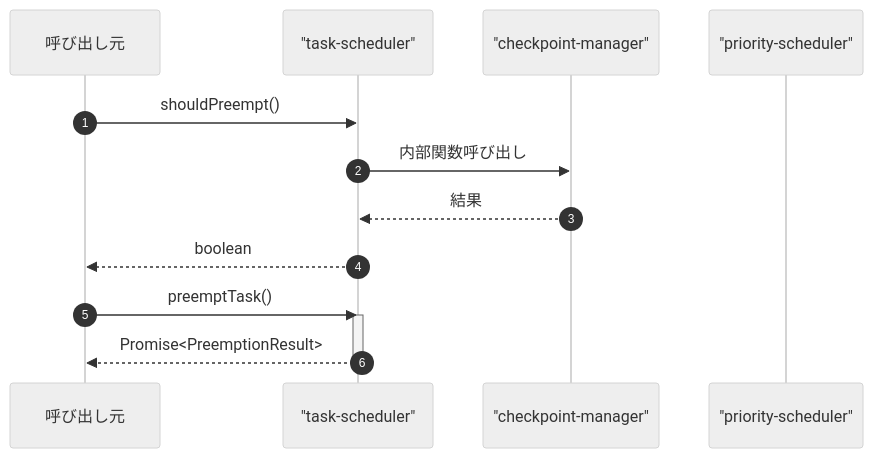
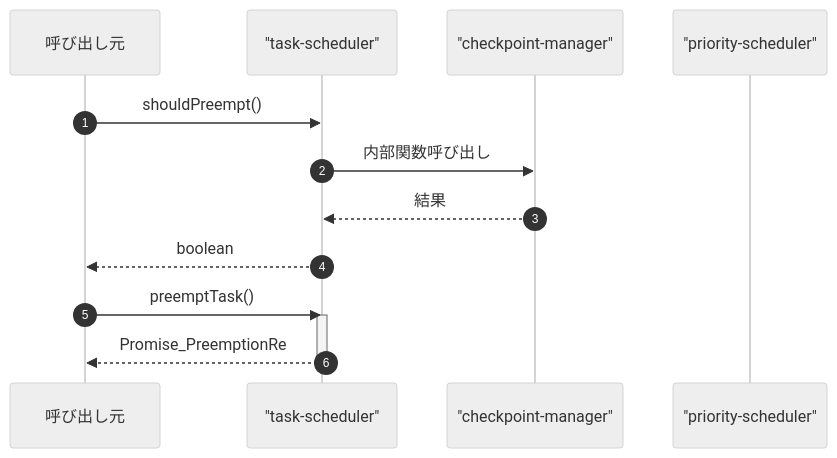
One commit to Mekann2904/mekann changed the fourth of 4 diagrams in ABDD/.pi/lib/task-scheduler.md. Above: the diagram before and after it, drawn with Mermaid (neutral theme). The commit also changed other lines of this file and 174 other files, not shown here.

First line of the commit message:
fix(docs): ABDDのMermaid図生成エラーを修正する

````diff
--- a/ABDD/.pi/lib/task-scheduler.md
+++ b/ABDD/.pi/lib/task-scheduler.md
@@ -150,18 +150,18 @@
 ```mermaid
 sequenceDiagram
   autonumber
   participant Caller as 呼び出し元
   participant task_scheduler as "task-scheduler"
   participant checkpoint_manager as "checkpoint-manager"
   participant priority_scheduler as "priority-scheduler"
 
   Caller->>task_scheduler: shouldPreempt()
   task_scheduler->>checkpoint_manager: 内部関数呼び出し
   checkpoint_manager-->>task_scheduler: 結果
   task_scheduler-->>Caller: boolean
 
   Caller->>task_scheduler: preemptTask()
   activate task_scheduler
-  task_scheduler-->>Caller: Promise<PreemptionResult>
+  task_scheduler-->>Caller: Promise_PreemptionRe
   deactivate task_scheduler
 ```
````
